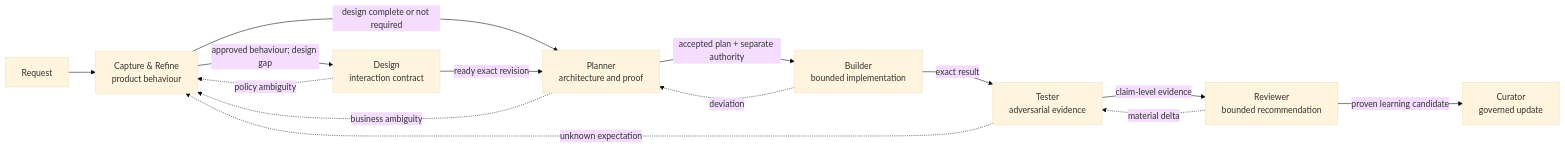
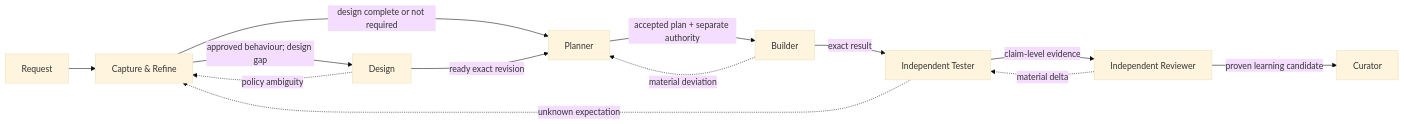
Before and after one commit to CW-Codewalnut/agentic-delivery-masterclass: the first of 8 diagrams in README.md, drawn with Mermaid (base theme). The commit also changed other lines of this file and 72 other files, not shown here.

````diff
--- a/README.md
+++ b/README.md
@@ -34,16 +9,15 @@
 ```mermaid
 flowchart LR
-  R[Request] --> C[Capture & Refine<br/>product behaviour]
-  C -->|approved behaviour; design gap| D[Design<br/>interaction contract]
-  C -->|design complete or not required| P[Planner<br/>architecture and proof]
+  R[Request] --> C[Capture & Refine]
+  C -->|approved behaviour; design gap| D[Design]
+  C -->|design complete or not required| P[Planner]
   D -->|ready exact revision| P
-  P -->|accepted plan + separate authority| B[Builder<br/>bounded implementation]
-  B -->|exact result| T[Tester<br/>adversarial evidence]
-  T -->|claim-level evidence| V[Reviewer<br/>bounded recommendation]
-  V -->|proven learning candidate| U[Curator<br/>governed update]
+  P -->|accepted plan + separate authority| B[Builder]
+  B -->|exact result| T[Independent Tester]
+  T -->|claim-level evidence| V[Independent Reviewer]
+  V -->|proven learning candidate| U[Curator]
   D -. policy ambiguity .-> C
-  P -. business ambiguity .-> C
-  B -. deviation .-> P
+  B -. material deviation .-> P
   T -. unknown expectation .-> C
   V -. material delta .-> T
 ```
````
